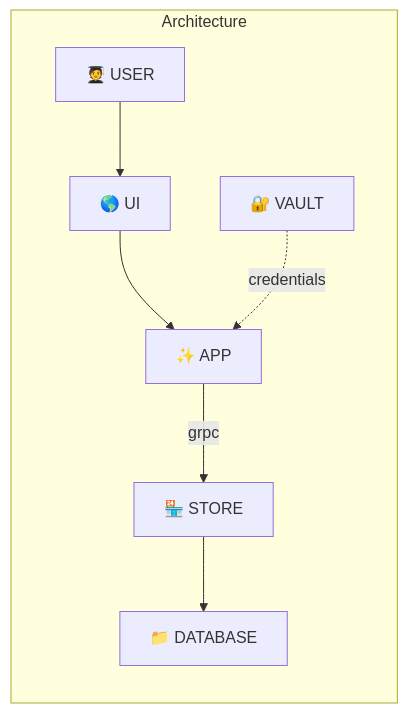
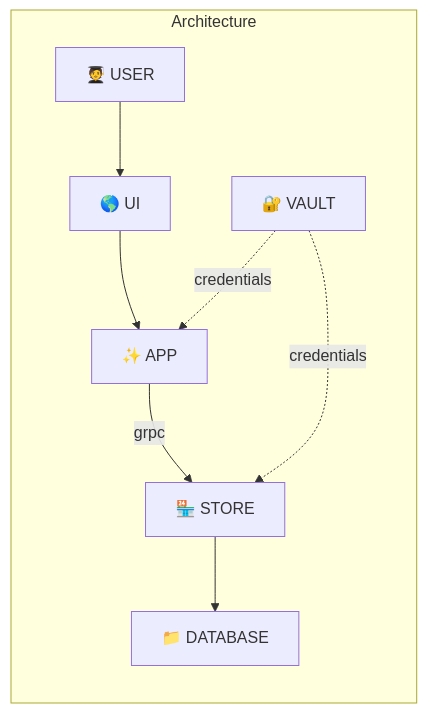
One commit to andytruong/tammy changed the diagram in README.md. Above: the diagram before and after it, drawn with Mermaid.

````diff
--- a/README.md
+++ b/README.md
@@ -4,13 +4,20 @@
 ```mermaid
 graph LR
 
+vault["🔐 VAULT"]
+ui["🌎 UI"]
+app["✨ APP"] 
+store["🏪 STORE"] 
+db["📁 DATABASE"]
+
 subgraph Architecture
   user["🧑‍🎓 USER"] 
-    --> ui["🌎 UI"] 
-    --> app["✨ APP"] 
-    -- grpc --> store["🏪 STORE"] 
-    --> database["📁 DATABASE"]
+    --> ui
+    --> app
+    -- "grpc" --> store
+    --> db
 
-	vault["🔐 VAULT"] -. "credentials" .-> app
+	vault -. "credentials" .-> app
+  vault -. "credentials" .-> store
 end
 ```
````
